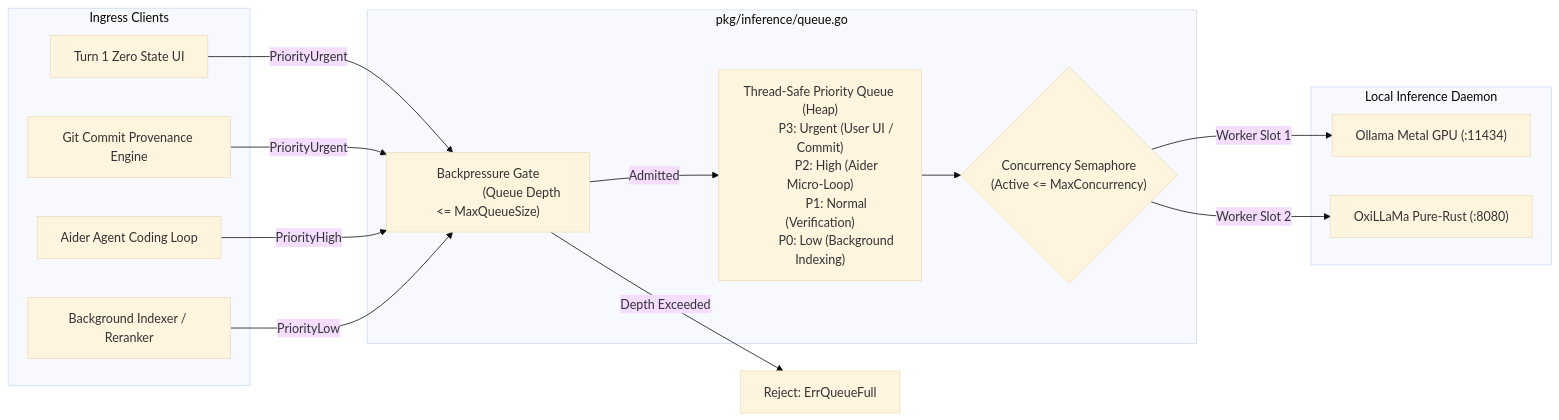
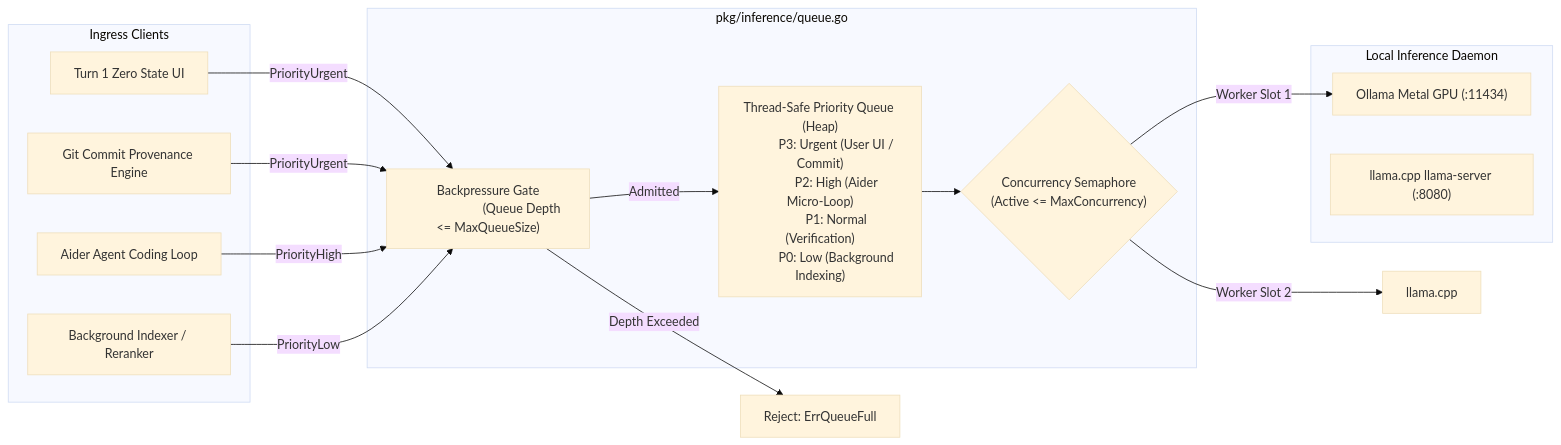
One commit to yasuomaidana/dendrite changed the fourth of 5 diagrams in docs/features/FEAT-101-personal-context-topic-memory-installer.md. Above: the diagram before and after it, drawn with Mermaid (base theme). The commit also changed other lines of this file and 141 other files, not shown here.

First line of the commit message:
[DEN-933] Replace OxiLLaMa with llama.cpp llama-server (#122)

````diff
--- a/docs/features/FEAT-101-personal-context-topic-memory-installer.md
+++ b/docs/features/FEAT-101-personal-context-topic-memory-installer.md
@@ -307,37 +307,37 @@
 ```mermaid
 flowchart LR
     subgraph Ingress Clients
         UserUI["Turn 1 Zero State UI"]
         AiderLoop["Aider Agent Coding Loop"]
         CommitAgent["Git Commit Provenance Engine"]
         Background["Background Indexer / Reranker"]
     end
 
     subgraph Local LLM Queue System [pkg/inference/queue.go]
         PQ["Thread-Safe Priority Queue (Heap)
            P3: Urgent (User UI / Commit)
            P2: High (Aider Micro-Loop)
            P1: Normal (Verification)
            P0: Low (Background Indexing)"]
         Limiter{"Concurrency Semaphore
                 (Active <= MaxConcurrency)"}
         Backpressure["Backpressure Gate
                       (Queue Depth <= MaxQueueSize)"]
     end
 
     subgraph Local Inference Daemon
         Metal["Ollama Metal GPU (:11434)"]
-        OxiLLaMa["OxiLLaMa Pure-Rust (:8080)"]
+        LlamaCpp["llama.cpp llama-server (:8080)"]
     end
 
     UserUI -->|PriorityUrgent| Backpressure
     CommitAgent -->|PriorityUrgent| Backpressure
     AiderLoop -->|PriorityHigh| Backpressure
     Background -->|PriorityLow| Backpressure
 
     Backpressure -->|Depth Exceeded| ErrFull[Reject: ErrQueueFull]
     Backpressure -->|Admitted| PQ
     PQ --> Limiter
     Limiter -->|Worker Slot 1| Metal
-    Limiter -->|Worker Slot 2| OxiLLaMa
+    Limiter -->|Worker Slot 2| llama.cpp
 ```
````
